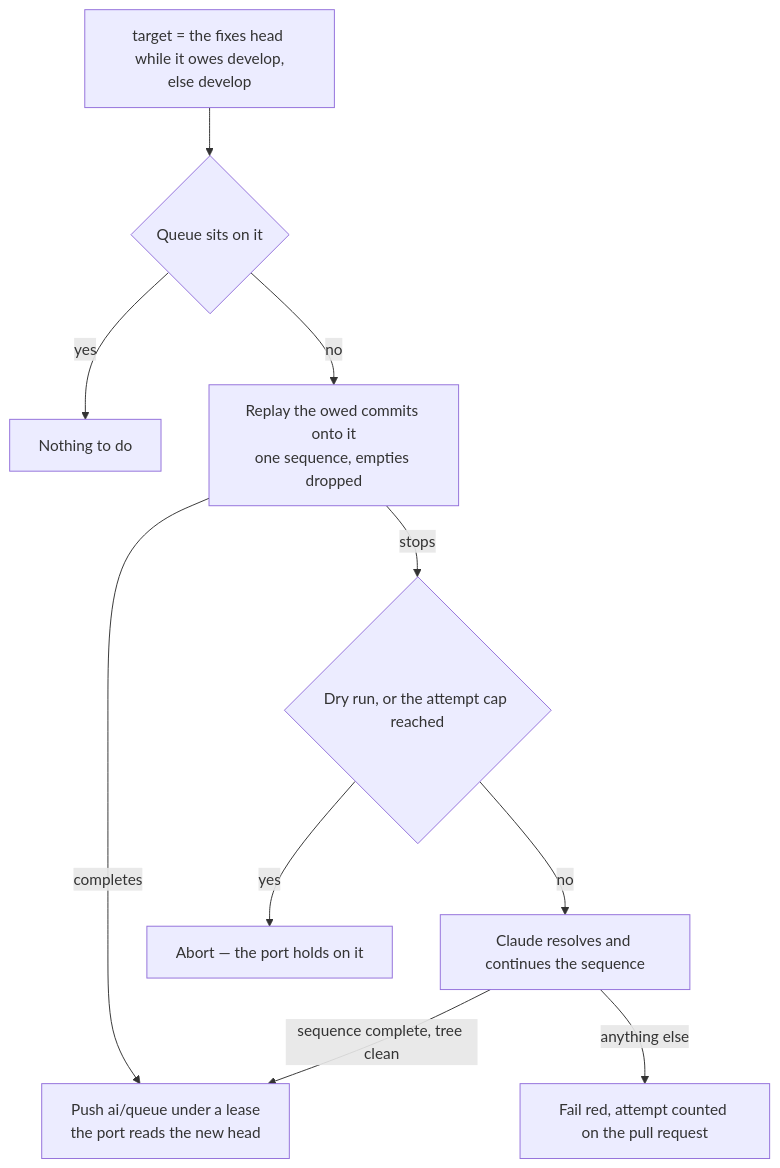
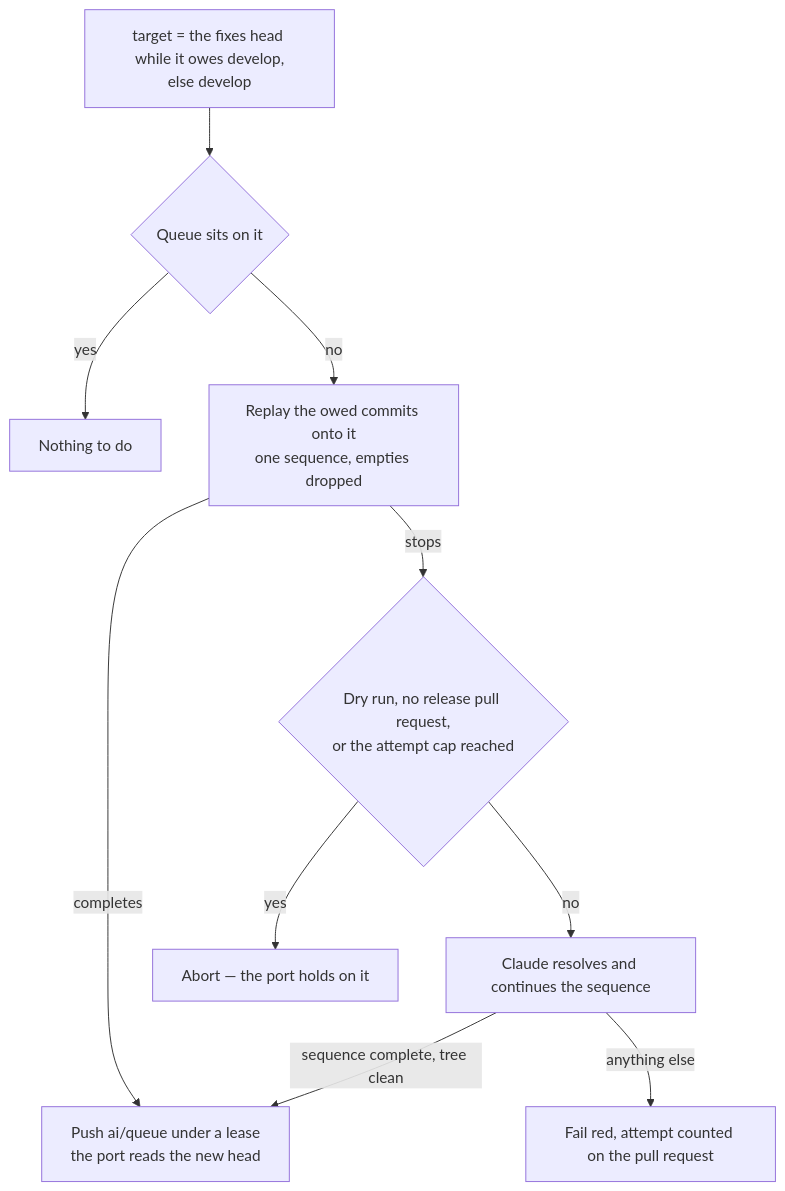
Before and after one commit to Esposter/Esposter: the second of 4 diagrams in apps/web/content/docs/infra/review-collector/collection-cycle.md, drawn with Mermaid. The commit also changed other lines of this file and 1 other file, not shown here.

````diff
--- a/apps/web/content/docs/infra/review-collector/collection-cycle.md
+++ b/apps/web/content/docs/infra/review-collector/collection-cycle.md
@@ -68,12 +68,12 @@
 ```mermaid
 flowchart TD
   T[target = the fixes head while it owes develop,<br/>else develop] --> A{Queue sits on it}
   A -->|yes| N[Nothing to do]
   A -->|no| R[Replay the owed commits onto it<br/>one sequence, empties dropped]
   R -->|completes| P[Push ai/queue under a lease<br/>the port reads the new head]
-  R -->|stops| C{Dry run, or the attempt cap reached}
+  R -->|stops| C{Dry run, no release pull request,<br/>or the attempt cap reached}
   C -->|yes| AB[Abort — the port holds on it]
   C -->|no| CL[Claude resolves and continues the sequence]
   CL -->|sequence complete, tree clean| P
   CL -->|anything else| F[Fail red, attempt counted on the pull request]
 ```
````
